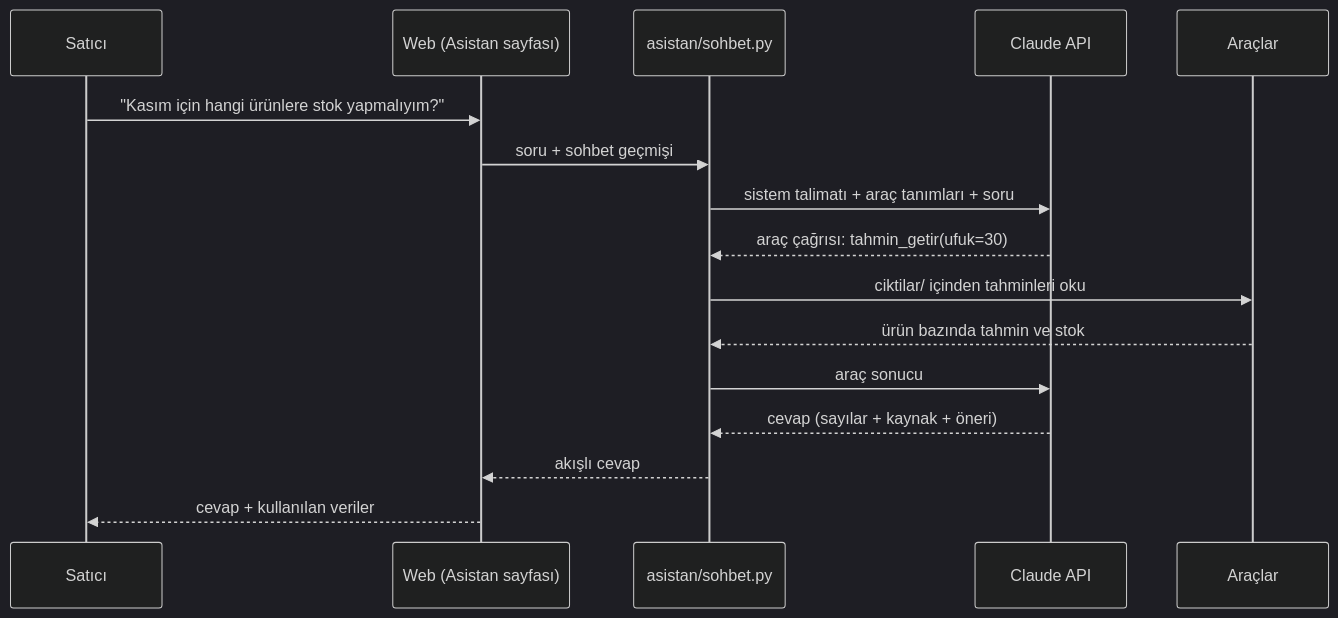
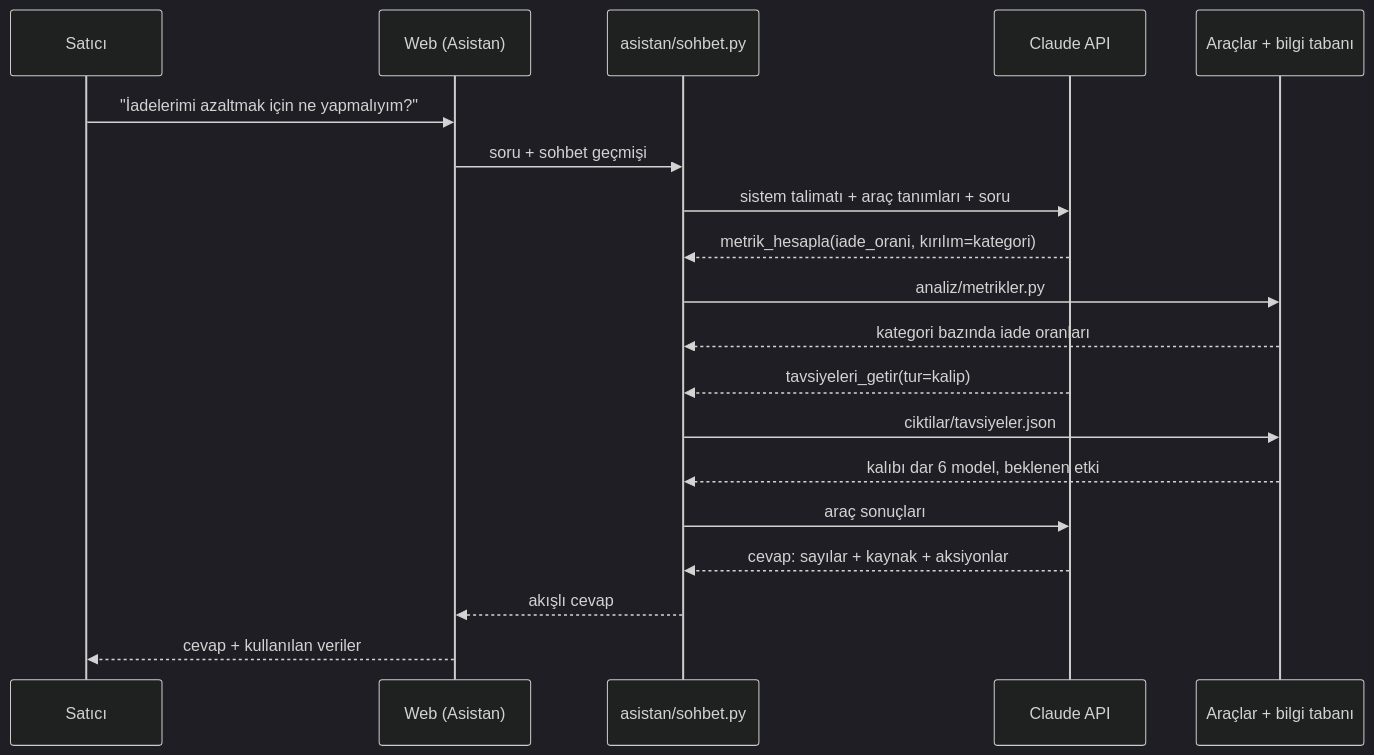
One commit to TahirAytekin/Veri-Madenciligi-ve-Is-Zekasi-E-Ticaret changed the third of 3 diagrams in docs/PROJE_PLANI.md. Above: the diagram before and after it, drawn with Mermaid (dark theme). The commit also changed other lines of this file and 6 other files, not shown here.

````diff
--- a/docs/PROJE_PLANI.md
+++ b/docs/PROJE_PLANI.md
@@ -237,18 +300,21 @@
 ```mermaid
 sequenceDiagram
     participant S as Satıcı
-    participant W as Web (Asistan sayfası)
+    participant W as Web (Asistan)
     participant A as asistan/sohbet.py
     participant C as Claude API
-    participant T as Araçlar
-    S->>W: "Kasım için hangi ürünlere stok yapmalıyım?"
+    participant T as Araçlar + bilgi tabanı
+    S->>W: "İadelerimi azaltmak için ne yapmalıyım?"
     W->>A: soru + sohbet geçmişi
     A->>C: sistem talimatı + araç tanımları + soru
-    C-->>A: araç çağrısı: tahmin_getir(ufuk=30)
-    A->>T: ciktilar/ içinden tahminleri oku
-    T-->>A: ürün bazında tahmin ve stok
-    A->>C: araç sonucu
-    C-->>A: cevap (sayılar + kaynak + öneri)
+    C-->>A: metrik_hesapla(iade_orani, kırılım=kategori)
+    A->>T: analiz/metrikler.py
+    T-->>A: kategori bazında iade oranları
+    C-->>A: tavsiyeleri_getir(tur=kalip)
+    A->>T: ciktilar/tavsiyeler.json
+    T-->>A: kalıbı dar 6 model, beklenen etki
+    A->>C: araç sonuçları
+    C-->>A: cevap: sayılar + kaynak + aksiyonlar
     A-->>W: akışlı cevap
     W-->>S: cevap + kullanılan veriler
 ```
````
